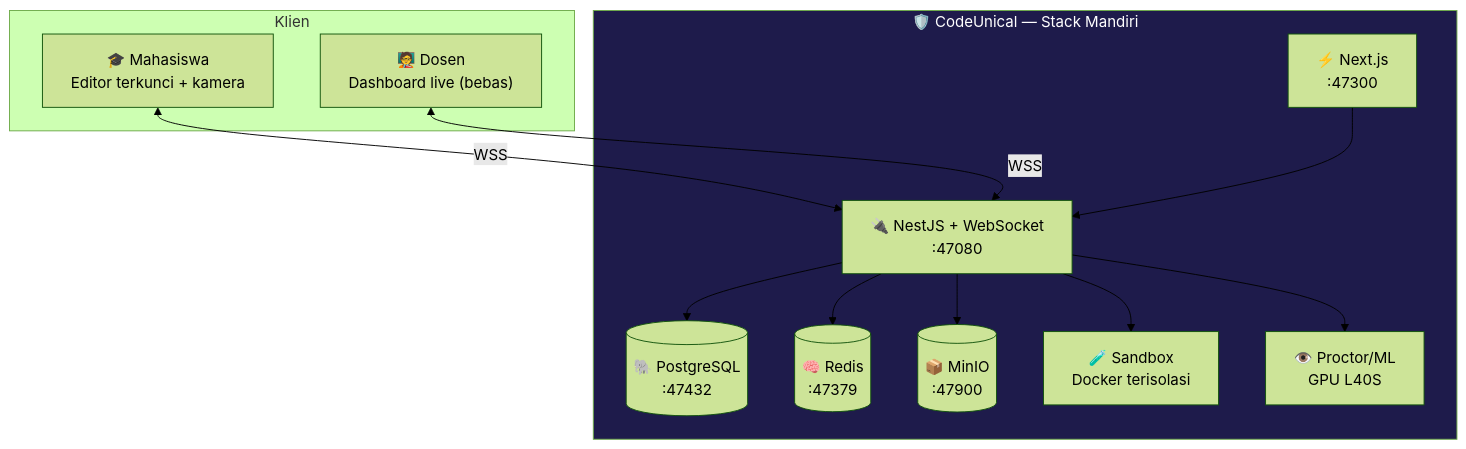
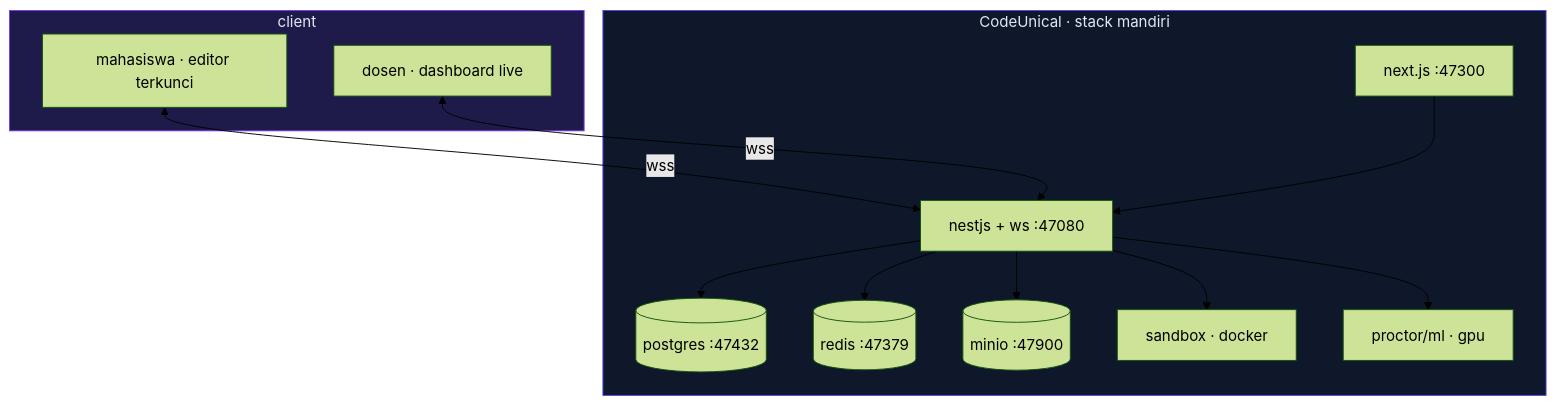
The second of 3 diagrams in README.md (muhammadrizalharis/UNISMUH-CodeUnical), drawn with Mermaid (forest theme) before and after one commit. The commit also changed other lines of this file, not shown here.

````diff
--- a/README.md
+++ b/README.md
@@ -112,25 +112,26 @@
 ```mermaid
 flowchart TB
-    subgraph Klien
-        M["🎓 Mahasiswa<br/>Editor terkunci + kamera"]
-        D["🧑‍🏫 Dosen<br/>Dashboard live (bebas)"]
+    subgraph client["client"]
+        M["mahasiswa · editor terkunci"]
+        D["dosen · dashboard live"]
     end
-    subgraph Stack["🛡️ CodeUnical — Stack Mandiri"]
-        WEB["⚡ Next.js<br/>:47300"]
-        API["🔌 NestJS + WebSocket<br/>:47080"]
-        DB[("🐘 PostgreSQL<br/>:47432")]
-        REDIS[("🧠 Redis<br/>:47379")]
-        MINIO[("📦 MinIO<br/>:47900")]
-        SANDBOX["🧪 Sandbox<br/>Docker terisolasi"]
-        ML["👁️ Proctor/ML<br/>GPU L40S"]
+    subgraph stack["CodeUnical · stack mandiri"]
+        WEB["next.js :47300"]
+        API["nestjs + ws :47080"]
+        DB[("postgres :47432")]
+        REDIS[("redis :47379")]
+        MINIO[("minio :47900")]
+        SBX["sandbox · docker"]
+        ML["proctor/ml · gpu"]
     end
-    M <-->|WSS| API
-    D <-->|WSS| API
+    M <-->|wss| API
+    D <-->|wss| API
     WEB --> API
     API --> DB
     API --> REDIS
     API --> MINIO
-    API --> SANDBOX
+    API --> SBX
     API --> ML
-    style Stack fill:#1e1b4b,color:#fff
+    style stack fill:#0f172a,color:#e2e8f0,stroke:#4f46e5
+    style client fill:#1e1b4b,color:#e2e8f0,stroke:#7c3aed
 ```
````
